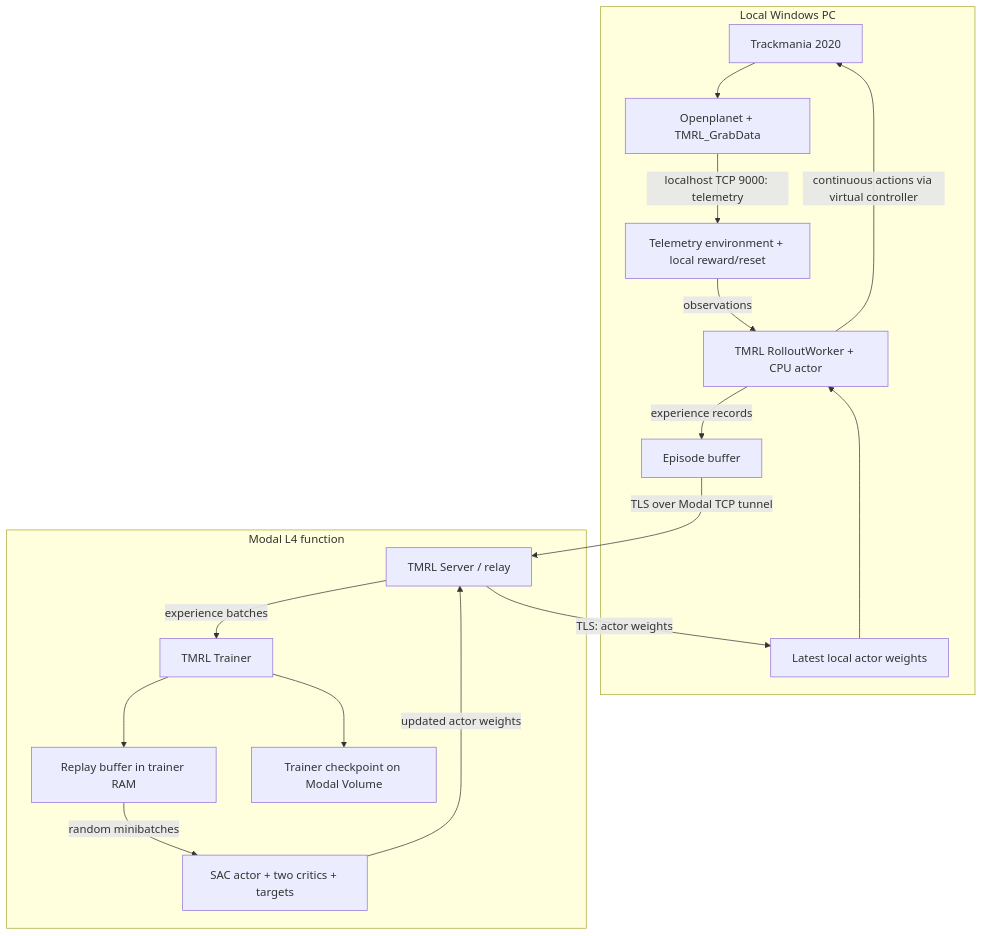
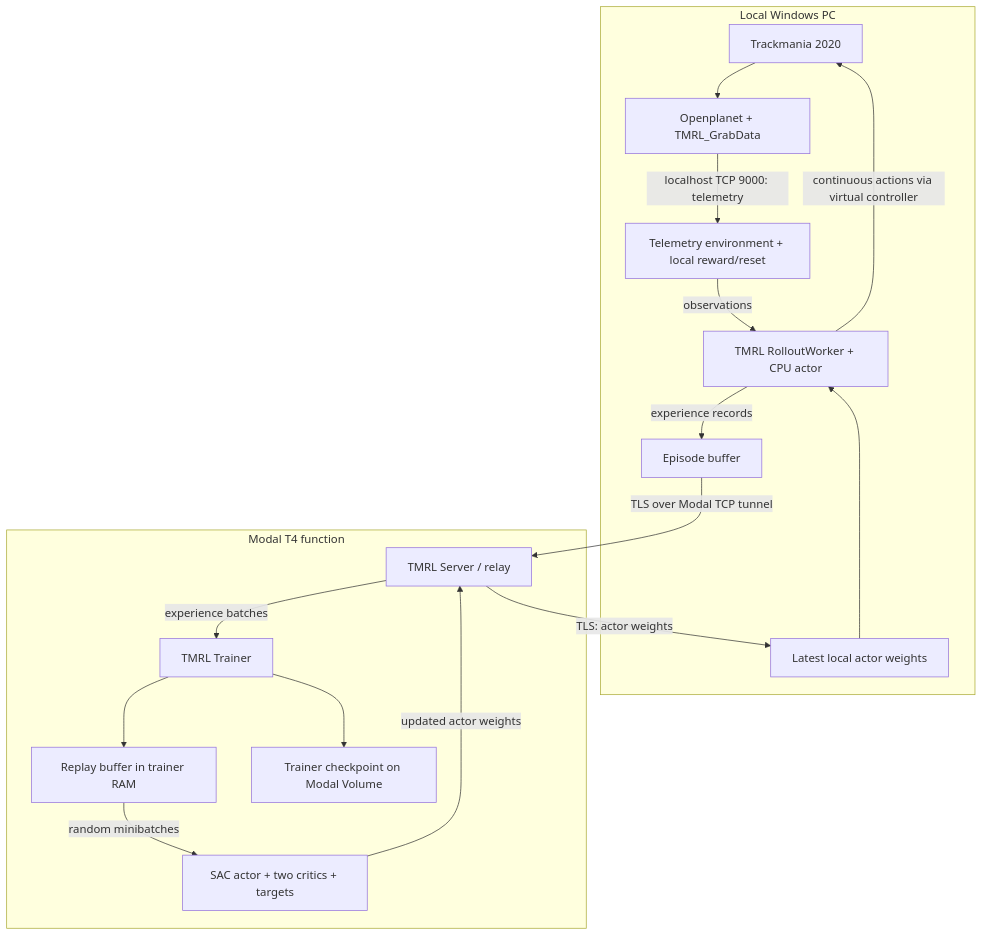
Before and after one commit to Nishanth1812/Trackmania-RL: the diagram in PLAN.md, drawn with Mermaid. The commit also changed other lines of this file and 2 other files, not shown here.

Commit message:
modal: use T4 GPU for trainer; M6 verified

````diff
--- a/PLAN.md
+++ b/PLAN.md
@@ -86,29 +86,29 @@
 ```mermaid
 flowchart TB
     subgraph PC[Local Windows PC]
         G[Trackmania 2020]
         O[Openplanet + TMRL_GrabData]
         E[Telemetry environment + local reward/reset]
         W[TMRL RolloutWorker + CPU actor]
         G --> O
         O -->|localhost TCP 9000: telemetry| E
         E -->|observations| W
         W -->|continuous actions via virtual controller| G
         W -->|experience records| Q[Episode buffer]
         A[Latest local actor weights] --> W
     end
-    subgraph VM[Modal L4 function]
+    subgraph VM[Modal T4 function]
         S[TMRL Server / relay]
         T[TMRL Trainer]
         R[Replay buffer in trainer RAM]
         C[SAC actor + two critics + targets]
         K[Trainer checkpoint on Modal Volume]
         S -->|experience batches| T
         T --> R
         R -->|random minibatches| C
         C -->|updated actor weights| S
         T --> K
     end
     Q -->|TLS over Modal TCP tunnel| S
     S -->|TLS: actor weights| A
 ```
````
